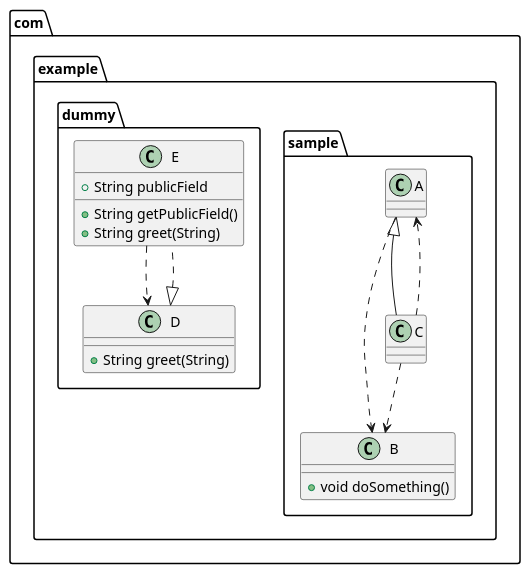
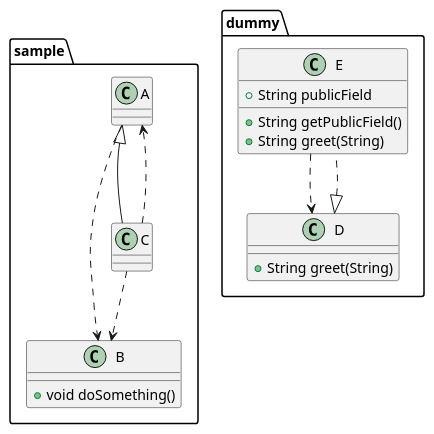
Before and after one commit to euledge/code-atlas: the diagram in sample-project/docs/diagrams/class-diagram.puml, drawn with PlantUML. The commit also changed 13 other files, not shown here.

```diff
--- a/sample-project/docs/diagrams/class-diagram.puml
+++ b/sample-project/docs/diagrams/class-diagram.puml
@@ -1,23 +1,29 @@
 @startuml
-class com.example.sample.B {
-    + void doSomething()
+package sample {
+    class B {
+        + void doSomething()
+    }
+    class A {
+    }
+    class C {
+    }
 }
-class com.example.sample.A {
+
+package dummy {
+    class E {
+        + String publicField
+        + String getPublicField()
+        + String greet(String)
+    }
+    class D {
+        + String greet(String)
+    }
 }
-com.example.sample.A ..> com.example.sample.B
-class com.example.dummy.E {
-    + String publicField
-    + String getPublicField()
-    + String greet(String)
-}
-com.example.dummy.D <|.. com.example.dummy.E
-com.example.dummy.E ..> com.example.dummy.D
-class com.example.dummy.D {
-    + String greet(String)
-}
-class com.example.sample.C {
-}
-com.example.sample.A <|-- com.example.sample.C
-com.example.sample.C ..> com.example.sample.B
-com.example.sample.C ..> com.example.sample.A
+
+sample.A ..> sample.B
+dummy.D <|.. dummy.E
+dummy.E ..> dummy.D
+sample.A <|-- sample.C
+sample.C ..> sample.B
+sample.C ..> sample.A
 @enduml
```
